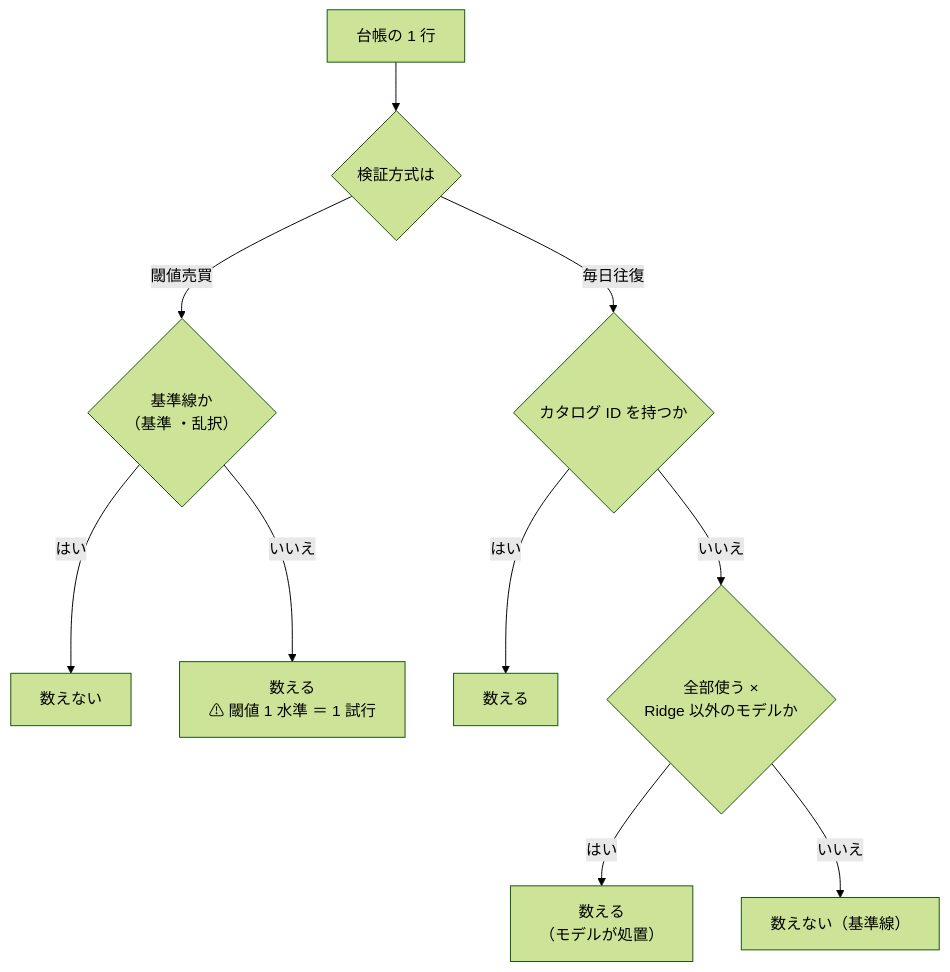
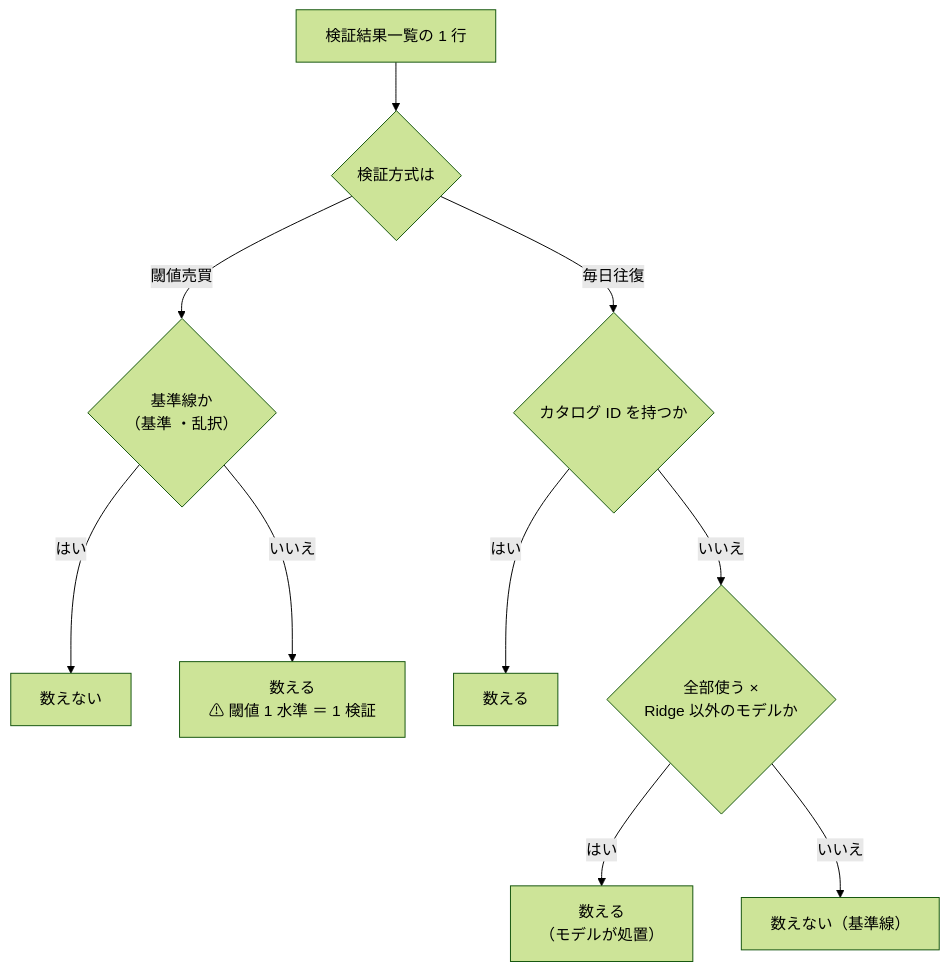
The fifth of 9 diagrams in docs/specs/experiments/feature-discovery/units.md (akiraak/ai-income-lab), drawn with Mermaid (forest theme) before and after one commit. The commit also changed other lines of this file and 52 other files, not shown here.

````diff
--- a/docs/specs/experiments/feature-discovery/units.md
+++ b/docs/specs/experiments/feature-discovery/units.md
@@ -151,12 +151,12 @@
 ```mermaid
 flowchart TB
-  R["台帳の 1 行"] --> V{"検証方式は"}
+  R["検証結果一覧の 1 行"] --> V{"検証方式は"}
   V -->|"閾値売買"| TB1{"基準線か<br/>（基準 ・乱択）"}
   TB1 -->|"はい"| N1["数えない"]
-  TB1 -->|"いいえ"| Y1["数える<br/>⚠ 閾値 1 水準 ＝ 1 試行"]
+  TB1 -->|"いいえ"| Y1["数える<br/>⚠ 閾値 1 水準 ＝ 1 検証"]
   V -->|"毎日往復"| ID{"カタログ ID を持つか"}
   ID -->|"はい"| Y2["数える"]
   ID -->|"いいえ"| MT{"全部使う ×<br/>Ridge 以外のモデルか"}
   MT -->|"はい"| Y3["数える<br/>（モデルが処置）"]
   MT -->|"いいえ"| N2["数えない（基準線）"]
 ```
````
